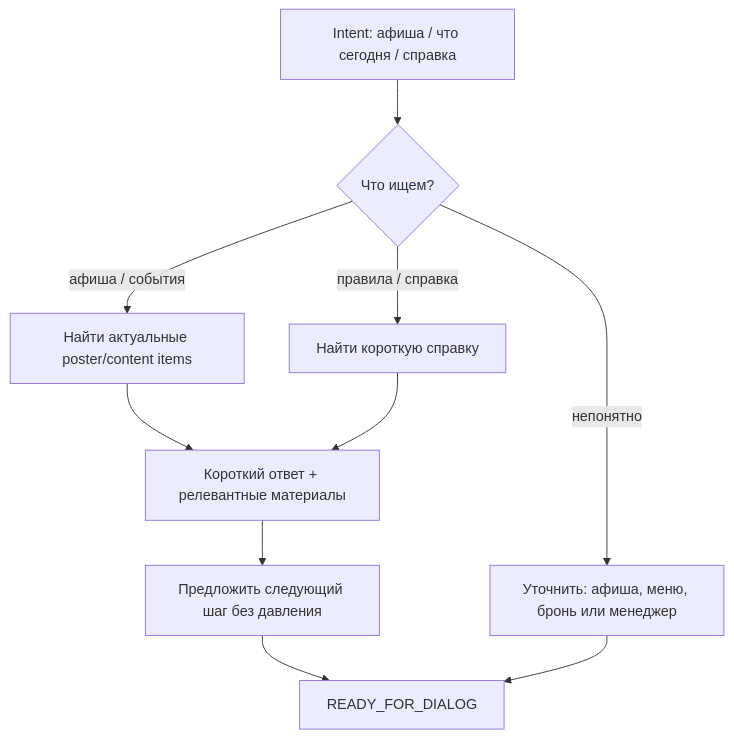
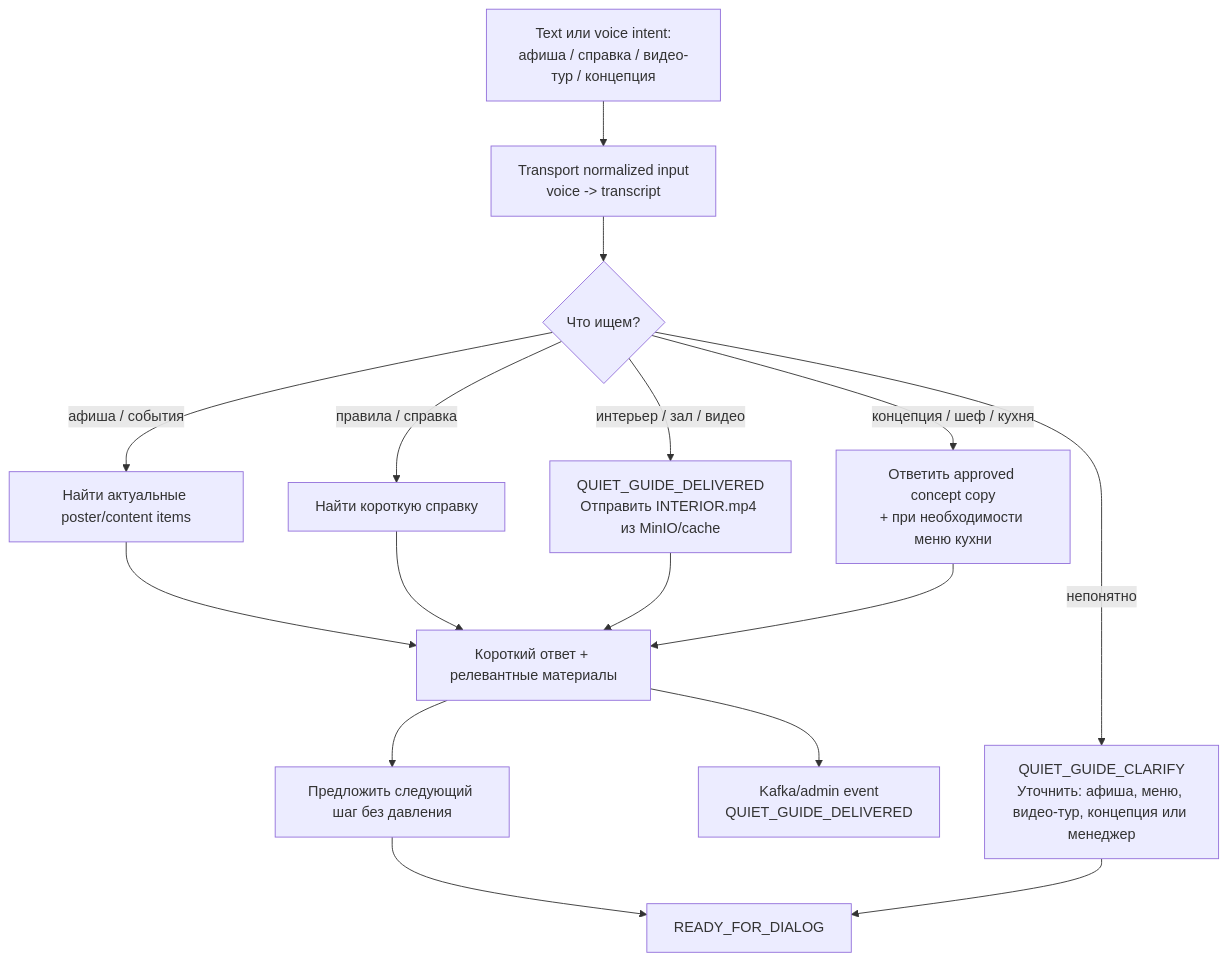
The seventh of 15 diagrams in docs/FSM_SCENARIOS.md (michaelwelly/Astor_Butler_MVP), drawn with Mermaid before and after one commit. The commit also changed other lines of this file and 41 other files, not shown here.

````diff
--- a/docs/FSM_SCENARIOS.md
+++ b/docs/FSM_SCENARIOS.md
@@ -402,12 +474,18 @@
 ```mermaid
 flowchart TD
-    Start["Intent: афиша / что сегодня / справка"] --> Type{"Что ищем?"}
+    Start["Text или voice intent:<br/>афиша / справка / видео-тур / концепция"] --> Transport["Transport normalized input<br/>voice -> transcript"]
+    Transport --> Type{"Что ищем?"}
     Type -- "афиша / события" --> Poster["Найти актуальные poster/content items"]
     Type -- "правила / справка" --> Help["Найти короткую справку"]
-    Type -- "непонятно" --> Clarify["Уточнить: афиша, меню, бронь или менеджер"]
+    Type -- "интерьер / зал / видео" --> Video["QUIET_GUIDE_DELIVERED<br/>Отправить INTERIOR.mp4 из MinIO/cache"]
+    Type -- "концепция / шеф / кухня" --> Concept["Ответить approved concept copy<br/>+ при необходимости меню кухни"]
+    Type -- "непонятно" --> Clarify["QUIET_GUIDE_CLARIFY<br/>Уточнить: афиша, меню, видео-тур, концепция или менеджер"]
     Poster --> Reply["Короткий ответ + релевантные материалы"]
     Help --> Reply
+    Video --> Reply
+    Concept --> Reply
+    Reply --> Log["Kafka/admin event<br/>QUIET_GUIDE_DELIVERED"]
     Reply --> Offer["Предложить следующий шаг без давления"]
     Offer --> Home["READY_FOR_DIALOG"]
     Clarify --> Home
 ```
````
